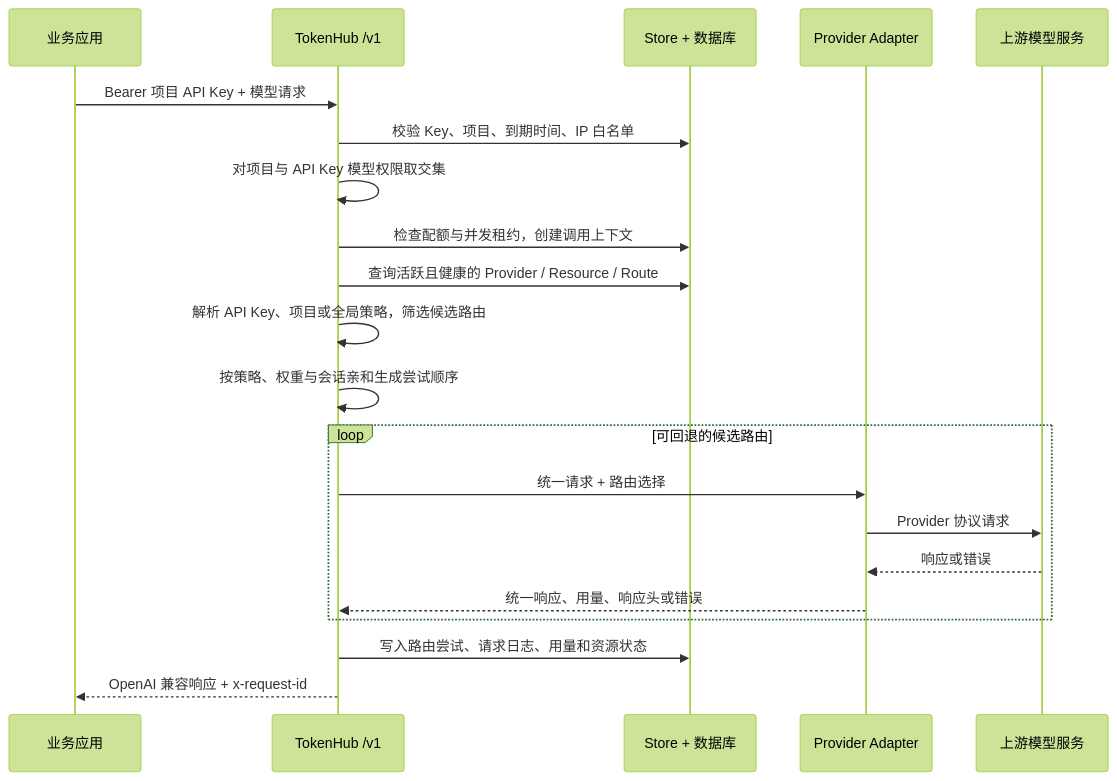
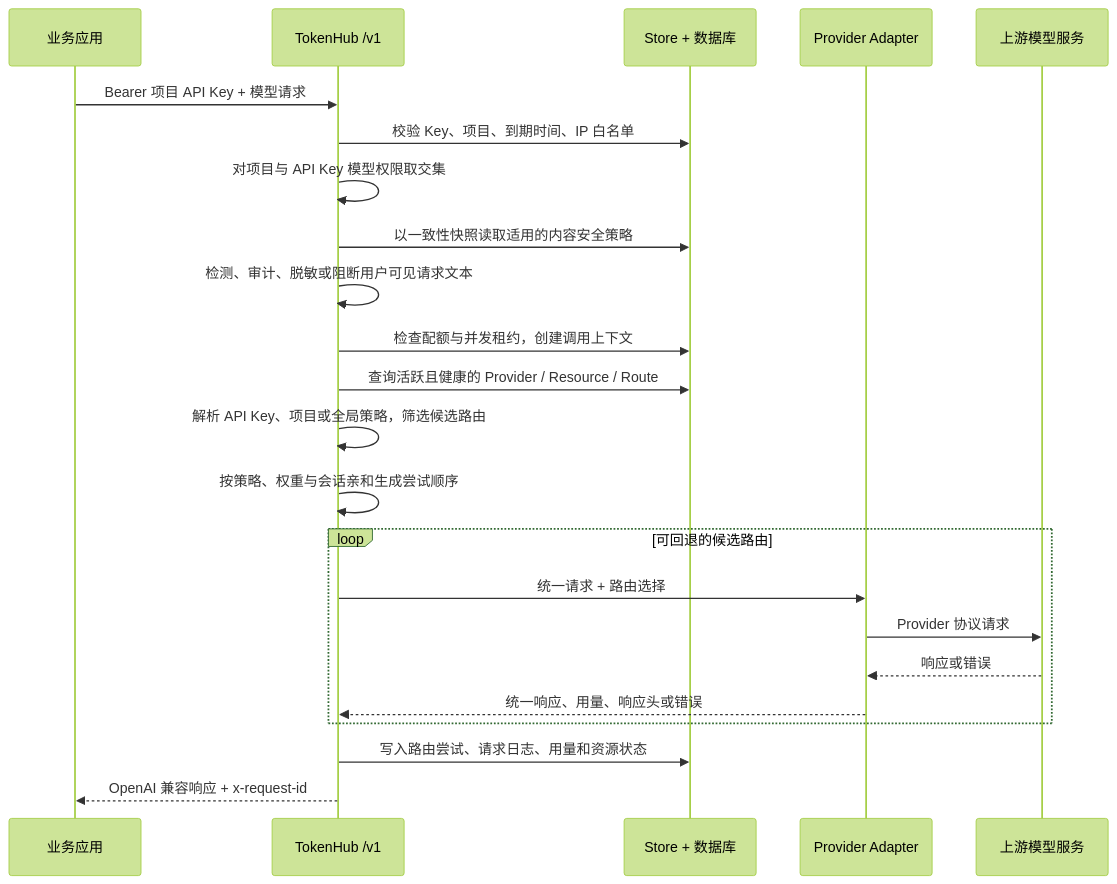
One commit to IIXINGCHEN/TokenHub changed the third of 3 diagrams in docs/zh-CN/architecture.md. Above: the diagram before and after it, drawn with Mermaid (forest theme). The commit also changed other lines of this file and 13 other files, not shown here.

````diff
--- a/docs/zh-CN/architecture.md
+++ b/docs/zh-CN/architecture.md
@@ -122,24 +122,26 @@
 ```mermaid
 sequenceDiagram
     participant C as 业务应用
     participant G as TokenHub /v1
     participant S as Store + 数据库
     participant A as Provider Adapter
     participant U as 上游模型服务
 
     C->>G: Bearer 项目 API Key + 模型请求
     G->>S: 校验 Key、项目、到期时间、IP 白名单
     G->>G: 对项目与 API Key 模型权限取交集
+    G->>S: 以一致性快照读取适用的内容安全策略
+    G->>G: 检测、审计、脱敏或阻断用户可见请求文本
     G->>S: 检查配额与并发租约，创建调用上下文
     G->>S: 查询活跃且健康的 Provider / Resource / Route
     G->>G: 解析 API Key、项目或全局策略，筛选候选路由
     G->>G: 按策略、权重与会话亲和生成尝试顺序
     loop 可回退的候选路由
         G->>A: 统一请求 + 路由选择
         A->>U: Provider 协议请求
         U-->>A: 响应或错误
         A-->>G: 统一响应、用量、响应头或错误
     end
     G->>S: 写入路由尝试、请求日志、用量和资源状态
     G-->>C: OpenAI 兼容响应 + x-request-id
 ```
````
